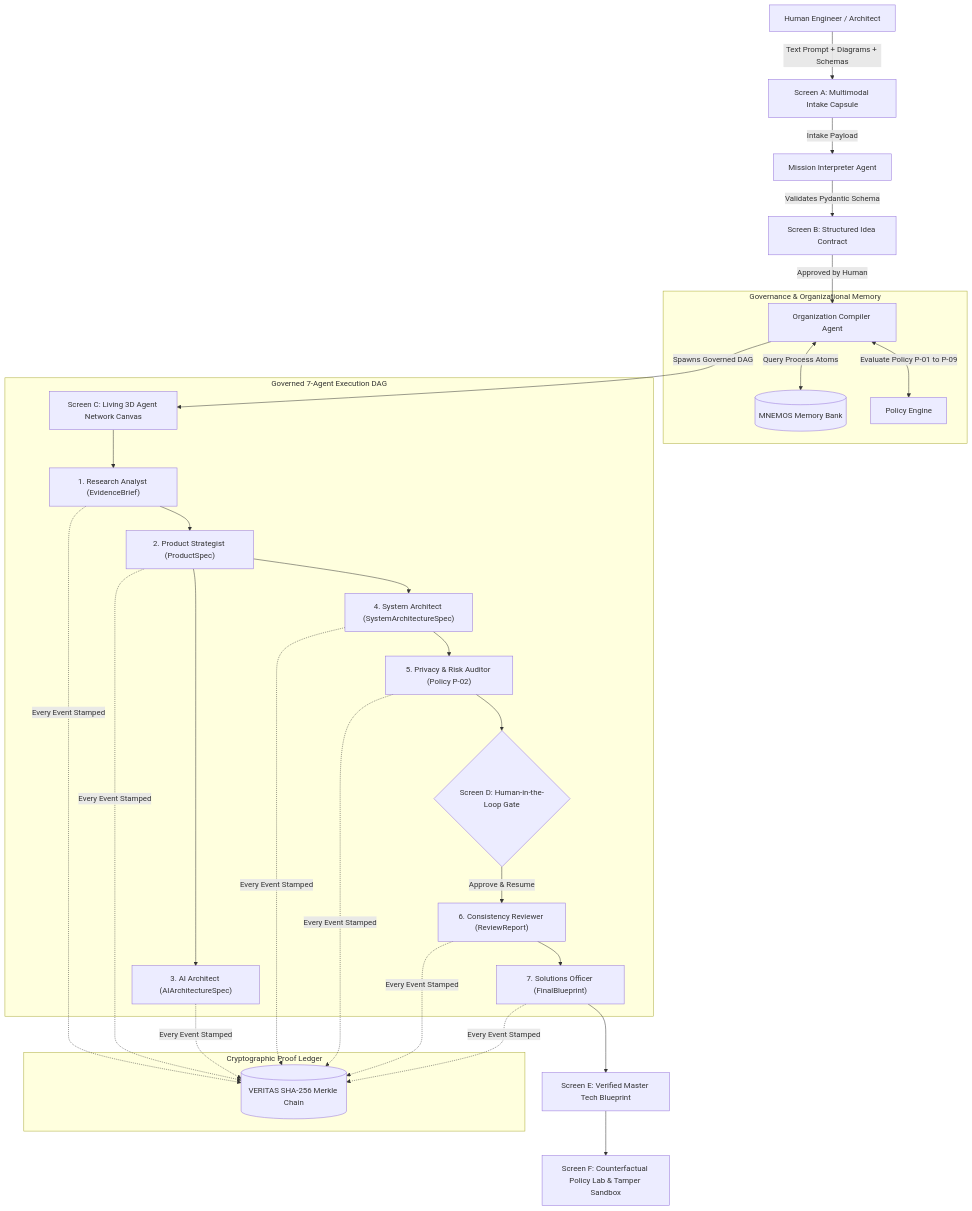
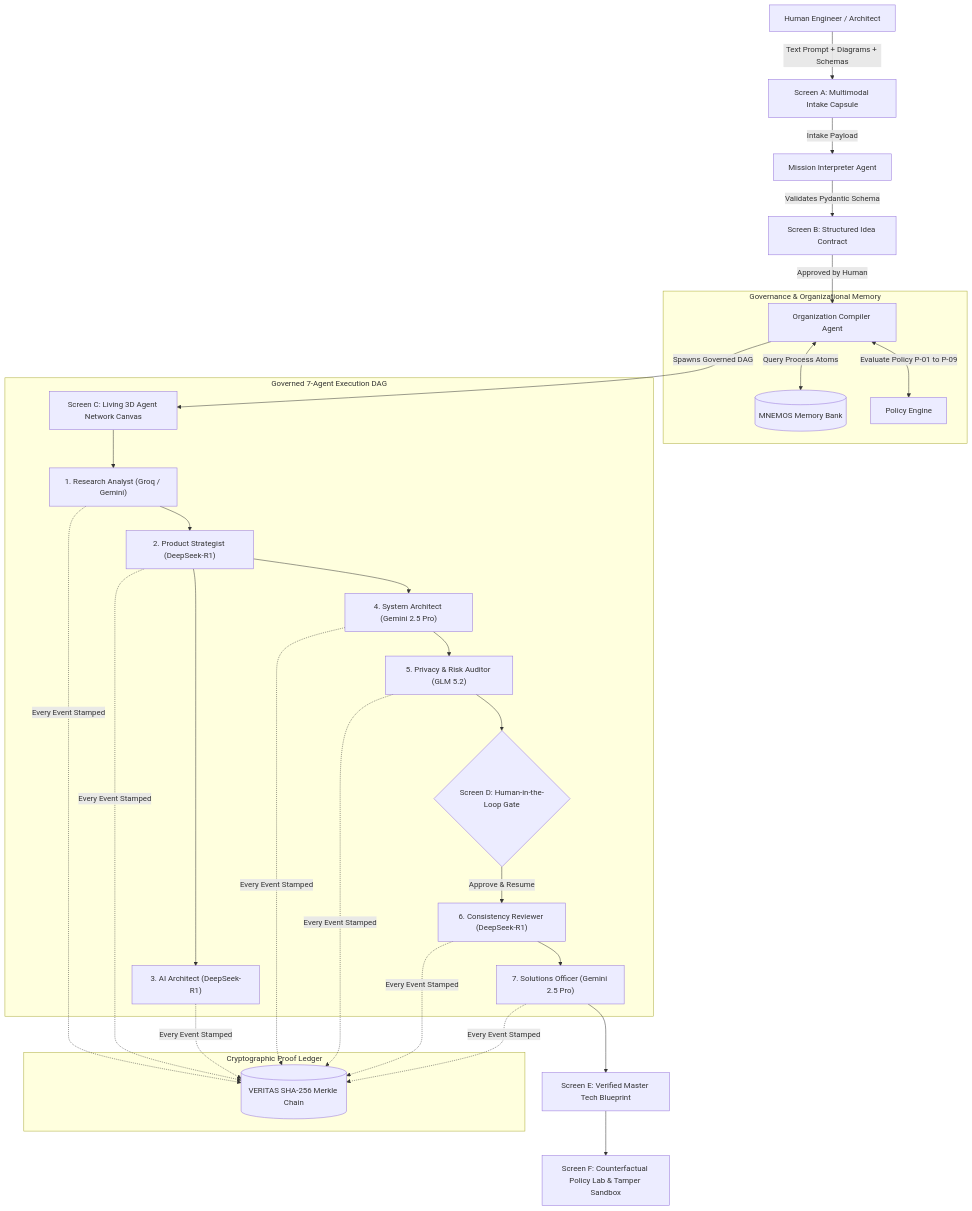
Before and after one commit to aasish3187/Organisational-Agent: the diagram in README.md, drawn with Mermaid. The commit also changed other lines of this file and 1 other file, not shown here.

````diff
--- a/README.md
+++ b/README.md
@@ -103,33 +117,33 @@
 ```mermaid
 graph TD
     User["Human Engineer / Architect"] -->|Text Prompt + Diagrams + Schemas| Intake["Screen A: Multimodal Intake Capsule"]
     Intake -->|Intake Payload| Interpreter["Mission Interpreter Agent"]
     
     Interpreter -->|Validates Pydantic Schema| Contract["Screen B: Structured Idea Contract"]
     Contract -->|Approved by Human| Compiler["Organization Compiler Agent"]
     
     subgraph Governance & Organizational Memory
         Compiler <-->|Query Process Atoms| MNEMOS[("MNEMOS Memory Bank")]
         Compiler <-->|Evaluate Policy P-01 to P-09| PolicyEngine["Policy Engine"]
     end
     
     Compiler -->|Spawns Governed DAG| Canvas["Screen C: Living 3D Agent Network Canvas"]
     
     subgraph Governed 7-Agent Execution DAG
-        Canvas --> Ag1["1. Research Analyst (EvidenceBrief)"]
-        Ag1 --> Ag2["2. Product Strategist (ProductSpec)"]
-        Ag2 --> Ag3["3. AI Architect (AIArchitectureSpec)"]
-        Ag2 --> Ag4["4. System Architect (SystemArchitectureSpec)"]
-        Ag4 --> Ag5["5. Privacy & Risk Auditor (Policy P-02)"]
+        Canvas --> Ag1["1. Research Analyst (Groq / Gemini)"]
+        Ag1 --> Ag2["2. Product Strategist (DeepSeek-R1)"]
+        Ag2 --> Ag3["3. AI Architect (DeepSeek-R1)"]
+        Ag2 --> Ag4["4. System Architect (Gemini 2.5 Pro)"]
+        Ag4 --> Ag5["5. Privacy & Risk Auditor (GLM 5.2)"]
         Ag5 --> Gate{"Screen D: Human-in-the-Loop Gate"}
-        Gate -- "Approve & Resume" --> Ag6["6. Consistency Reviewer (ReviewReport)"]
-        Ag6 --> Ag7["7. Solutions Officer (FinalBlueprint)"]
+        Gate -- "Approve & Resume" --> Ag6["6. Consistency Reviewer (DeepSeek-R1)"]
+        Ag6 --> Ag7["7. Solutions Officer (Gemini 2.5 Pro)"]
     end
     
     subgraph Cryptographic Proof Ledger
         Ag1 & Ag2 & Ag3 & Ag4 & Ag5 & Ag6 & Ag7 -.->|Every Event Stamped| VERITAS[("VERITAS SHA-256 Merkle Chain")]
     end
     
     Ag7 --> Blueprint["Screen E: Verified Master Tech Blueprint"]
     Blueprint --> Lab["Screen F: Counterfactual Policy Lab & Tamper Sandbox"]
 ```
````
